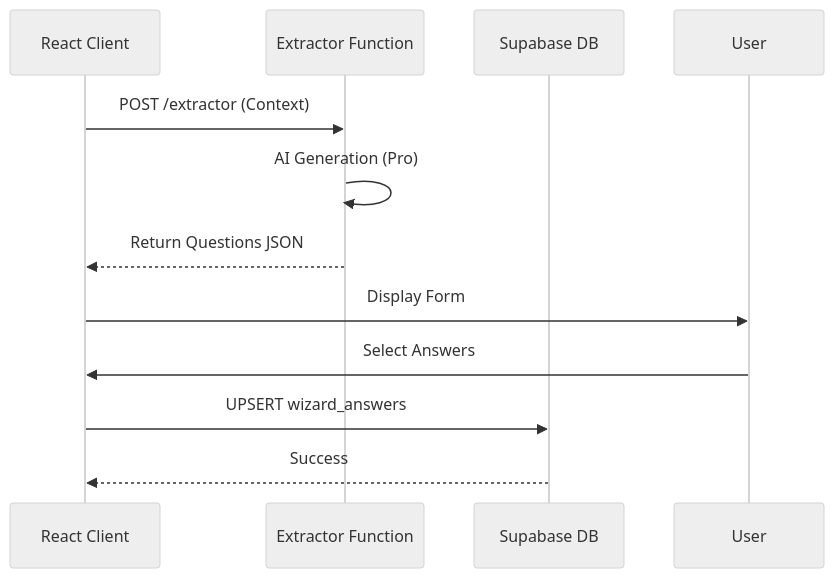
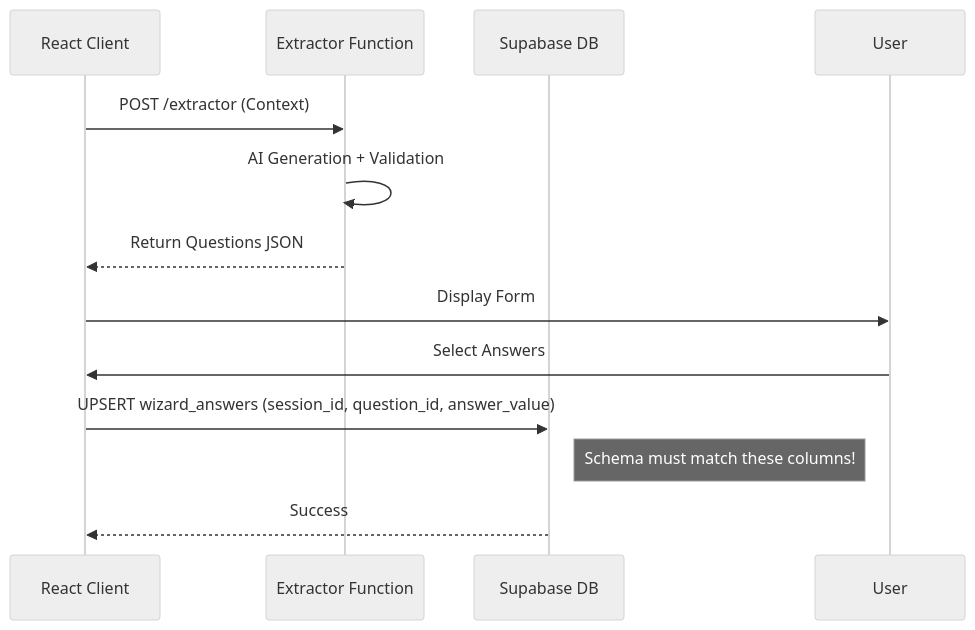
One commit to amo-tech-ai/sunaiv17 changed the diagram in docs/wizard/prompts/screen-2/09-supabase-edge-functions.md. Above: the diagram before and after it, drawn with Mermaid (neutral theme). The commit also changed other lines of this file and 4 other files, not shown here.

````diff
--- a/docs/wizard/prompts/screen-2/09-supabase-edge-functions.md
+++ b/docs/wizard/prompts/screen-2/09-supabase-edge-functions.md
@@ -62,16 +54,17 @@
 ```mermaid
 sequenceDiagram
     participant UI as React Client
     participant Edge as Extractor Function
     participant DB as Supabase DB
     
     UI->>Edge: POST /extractor (Context)
-    Edge->>Edge: AI Generation (Pro)
+    Edge->>Edge: AI Generation + Validation
     Edge-->>UI: Return Questions JSON
     
     UI->>User: Display Form
     User->>UI: Select Answers
     
-    UI->>DB: UPSERT wizard_answers
+    UI->>DB: UPSERT wizard_answers (session_id, question_id, answer_value)
+    Note right of DB: Schema must match these columns!
     DB-->>UI: Success
 ```
````
